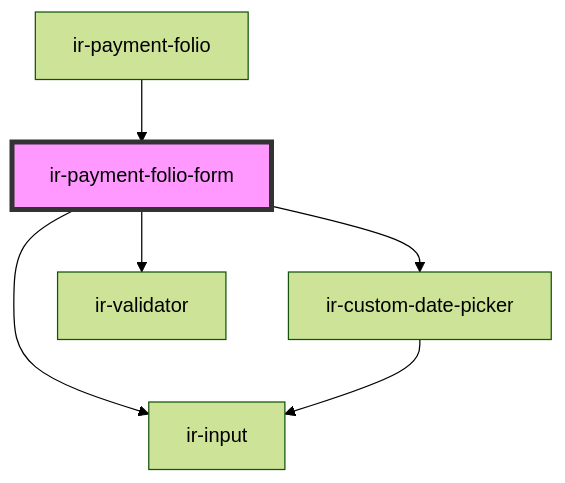
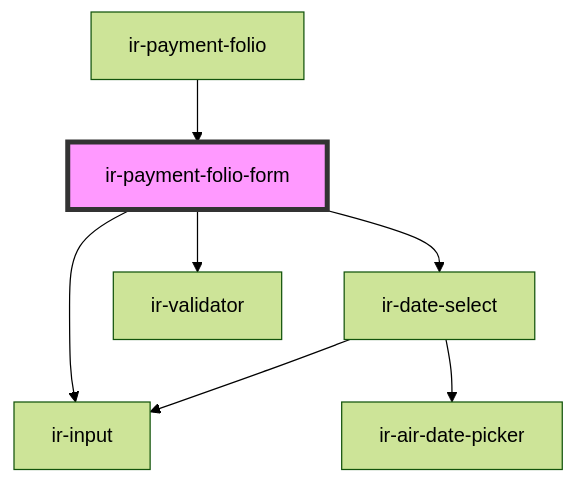
Before and after one commit to RonyRizk/ir-webcmp: the diagram in src/components/ir-booking-details/ir-payment-details/ir-payment-folio/ir-payment-folio-form/readme.md, drawn with Mermaid (forest theme). The commit also changed other lines of this file and 586 other files, not shown here.

````diff
--- a/src/components/ir-booking-details/ir-payment-details/ir-payment-folio/ir-payment-folio-form/readme.md
+++ b/src/components/ir-booking-details/ir-payment-details/ir-payment-folio/ir-payment-folio-form/readme.md
@@ -42,9 +41,10 @@
 ```mermaid
 graph TD;
-  ir-payment-folio-form --> ir-custom-date-picker
+  ir-payment-folio-form --> ir-date-select
   ir-payment-folio-form --> ir-validator
   ir-payment-folio-form --> ir-input
-  ir-custom-date-picker --> ir-input
+  ir-date-select --> ir-input
+  ir-date-select --> ir-air-date-picker
   ir-payment-folio --> ir-payment-folio-form
   style ir-payment-folio-form fill:#f9f,stroke:#333,stroke-width:4px
 ```
````
